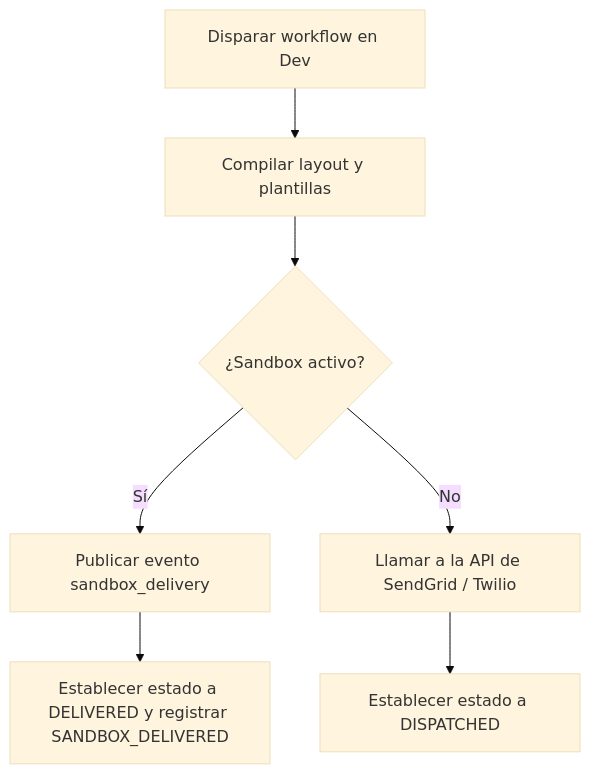
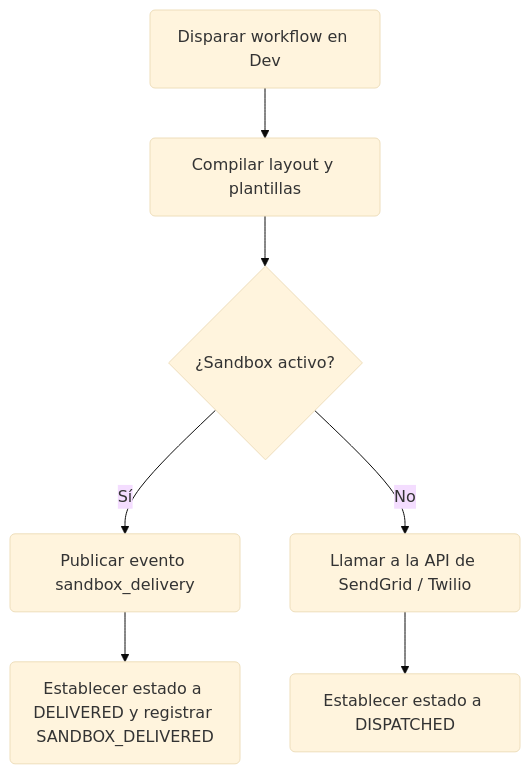
One commit to KriyanshKhunt/nexus_docs changed the diagram in content/docs/es/platform/features/sandbox.mdx. Above: the diagram before and after it, drawn with Mermaid (base theme). The commit also changed 20 other files, not shown here.

Commit message:
Handle es Mermaid charts

````diff
--- a/content/docs/es/platform/features/sandbox.mdx
+++ b/content/docs/es/platform/features/sandbox.mdx
@@ -19,9 +19,9 @@
 ```mermaid
 flowchart TD
-  Trigger[Disparar workflow en Dev] --> Compile[Compilar layout y plantillas]
+  Trigger(Disparar workflow en Dev) --> Compile(Compilar layout y plantillas)
   Compile --> Dispatch{¿Sandbox activo?}
-  Dispatch -->|Sí| Simulate[Publicar evento sandbox_delivery]
-  Simulate --> Log[Establecer estado a DELIVERED y registrar SANDBOX_DELIVERED]
-  Dispatch -->|No| Live[Llamar a la API de SendGrid / Twilio]
-  Live --> LogLive[Establecer estado a DISPATCHED]
+  Dispatch -->|Sí| Simulate(Publicar evento sandbox_delivery)
+  Simulate --> Log(Establecer estado a DELIVERED y registrar SANDBOX_DELIVERED)
+  Dispatch -->|No| Live(Llamar a la API de SendGrid / Twilio)
+  Live --> LogLive(Establecer estado a DISPATCHED)
 ```
````
